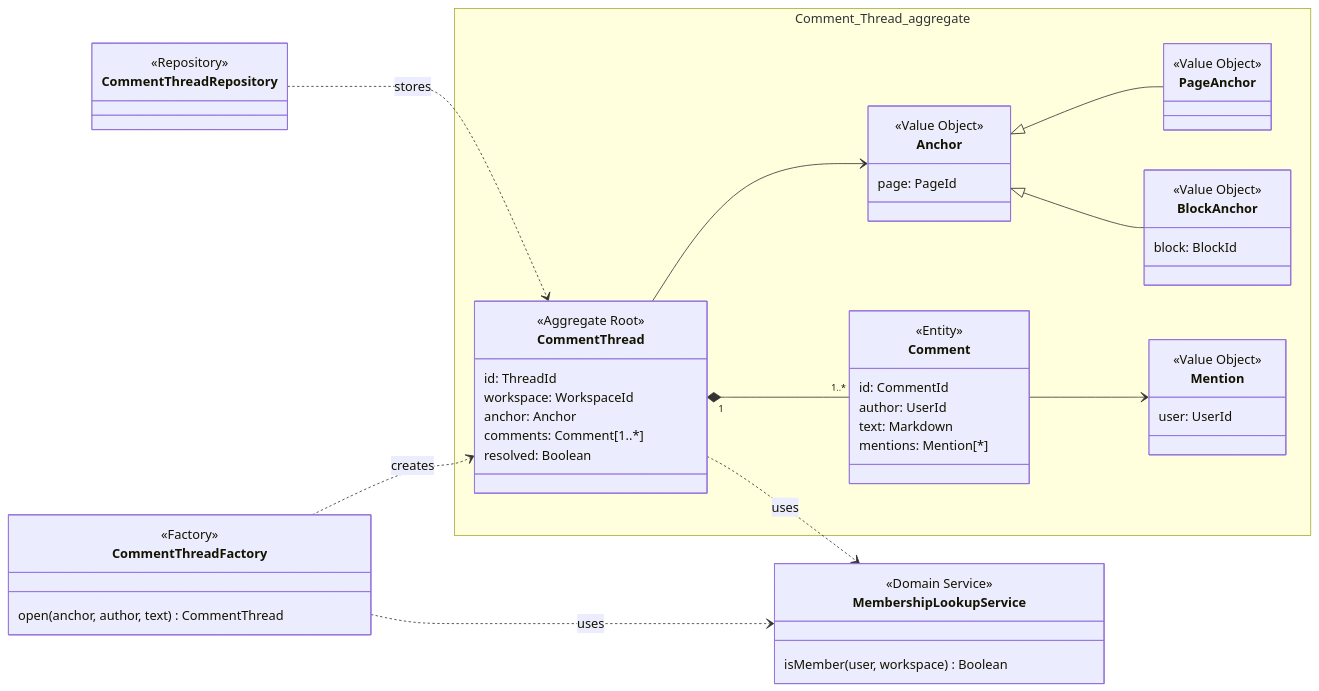
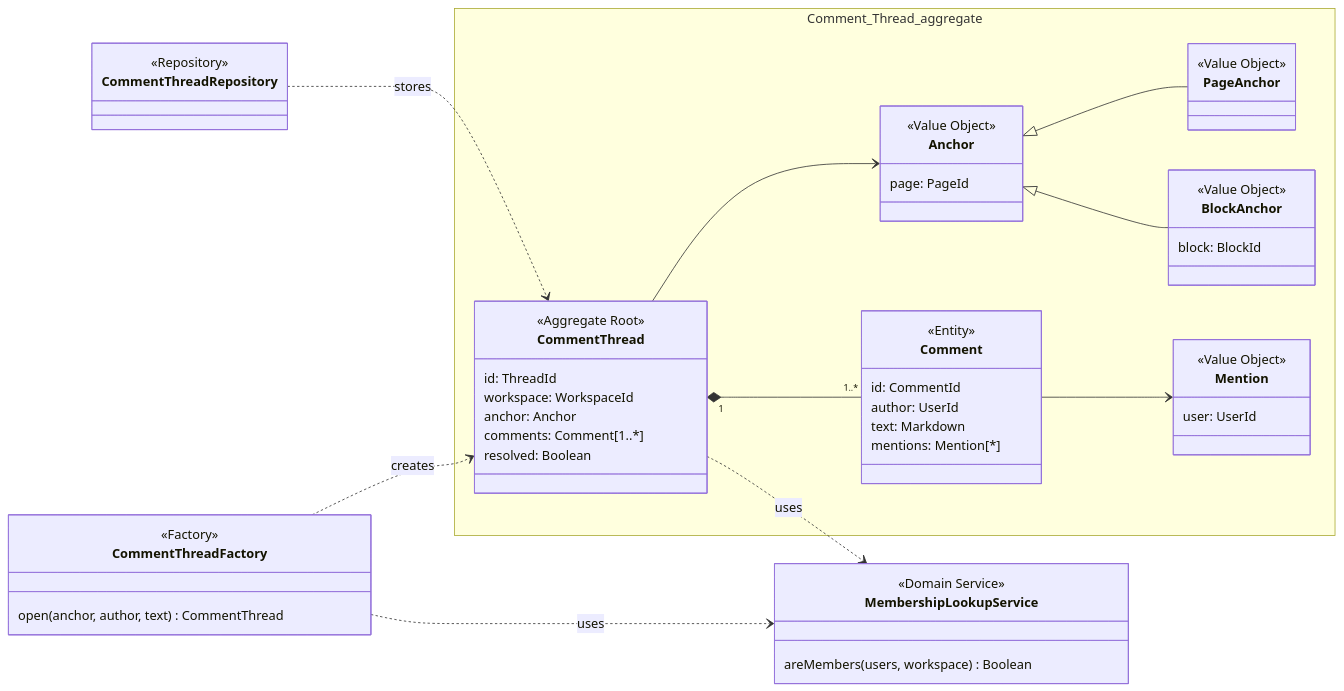
One commit to Bending-Forks/gotion changed the fourth of 5 diagrams in docs/_includes/tactical-design.md. Above: the diagram before and after it, drawn with Mermaid. The commit also changed other lines of this file and 6 other files, not shown here.

````diff
--- a/docs/_includes/tactical-design.md
+++ b/docs/_includes/tactical-design.md
@@ -420,56 +420,56 @@
 ```mermaid
 classDiagram
   direction LR
   namespace Comment_Thread_aggregate {
     class CommentThread {
       <<Aggregate Root>>
       id: ThreadId
       workspace: WorkspaceId
       anchor: Anchor
       comments: Comment[1..*]
       resolved: Boolean
     }
     class Anchor {
       <<Value Object>>
       page: PageId
     }
     class PageAnchor {
       <<Value Object>>
     }
     class BlockAnchor {
       <<Value Object>>
       block: BlockId
     }
     class Comment {
       <<Entity>>
       id: CommentId
       author: UserId
       text: Markdown
       mentions: Mention[*]
     }
     class Mention {
       <<Value Object>>
       user: UserId
     }
   }
   class CommentThreadRepository {
     <<Repository>>
   }
   class CommentThreadFactory {
     <<Factory>>
     open(anchor, author, text) CommentThread
   }
   class MembershipLookupService {
     <<Domain Service>>
-    isMember(user, workspace) Boolean
+    areMembers(users, workspace) Boolean
   }
   CommentThread --> Anchor
   Anchor <|-- PageAnchor
   Anchor <|-- BlockAnchor
   CommentThread "1" *-- "1..*" Comment
   Comment --> Mention
   CommentThreadRepository ..> CommentThread : stores
   CommentThreadFactory ..> CommentThread : creates
   CommentThreadFactory ..> MembershipLookupService : uses
   CommentThread ..> MembershipLookupService : uses
 ```
````
